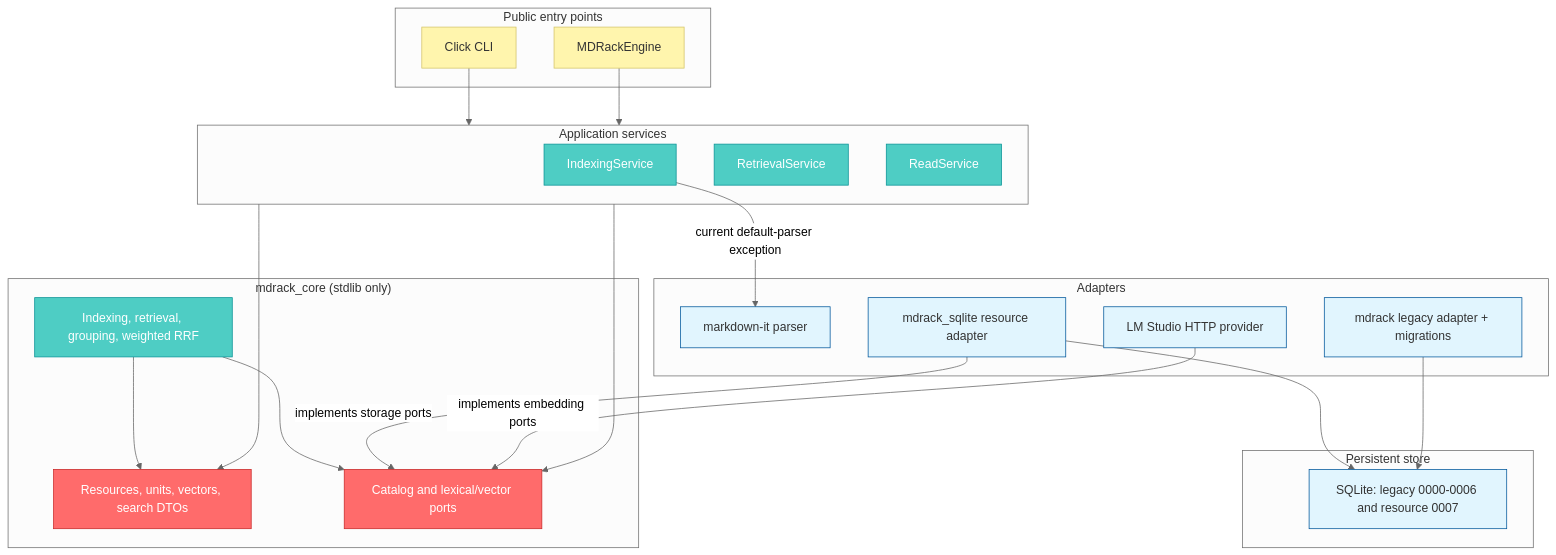
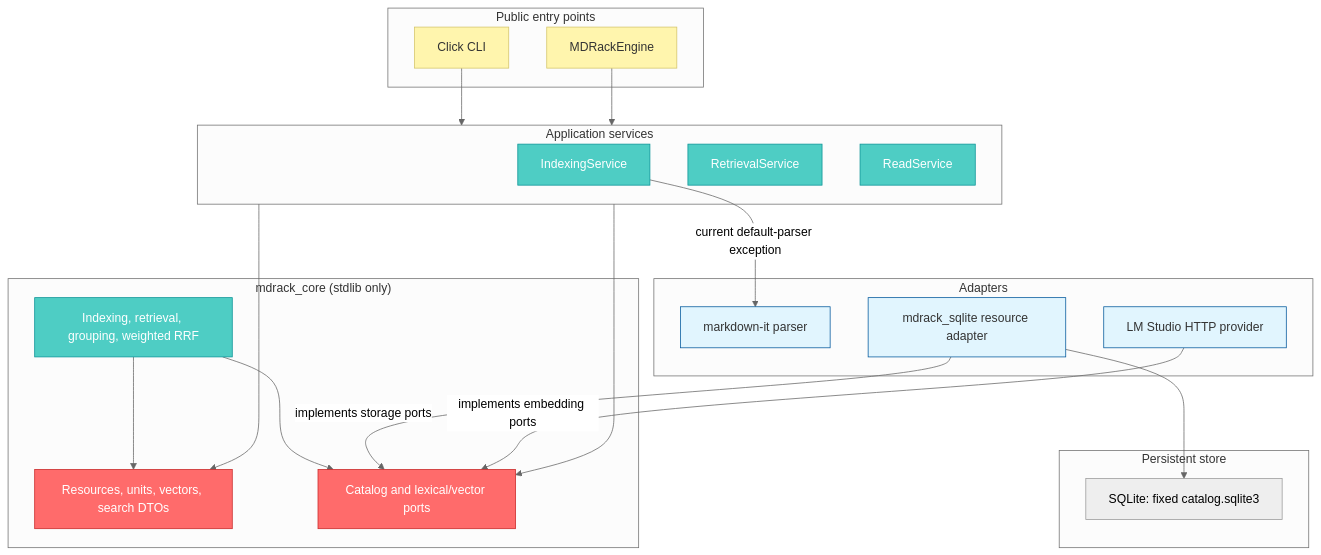
The diagram in docs/current-architecture/system-overview.md (VladimirMonin/MDRack), drawn with Mermaid (neutral theme) before and after one commit. The commit also changed other lines of this file and 133 other files, not shown here.

````diff
--- a/docs/current-architecture/system-overview.md
+++ b/docs/current-architecture/system-overview.md
@@ -12,51 +12,50 @@
 ```mermaid
 graph TD
     subgraph Entry ["Public entry points"]
         CLI["Click CLI"]
         Engine["MDRackEngine"]
     end
 
     subgraph App ["Application services"]
         Indexing["IndexingService"]
         Retrieval["RetrievalService"]
         Read["ReadService"]
     end
 
     subgraph Core ["mdrack_core (stdlib only)"]
         Domain["Resources, units, vectors, search DTOs"]
         Ports["Catalog and lexical/vector ports"]
         CoreServices["Indexing, retrieval, grouping, weighted RRF"]
     end
 
     subgraph Adapters ["Adapters"]
         Markdown["markdown-it parser"]
         SQLiteAdapter["mdrack_sqlite resource adapter"]
-        SQLiteLegacy["mdrack legacy adapter + migrations"]
         LMStudio["LM Studio HTTP provider"]
     end
 
     subgraph Persistence ["Persistent store"]
-        SQLite["SQLite: legacy 0000-0006 and resource 0007"]
+        SQLite["SQLite: fixed catalog.sqlite3"]
     end
 
     CLI --> App
     Engine --> App
     App --> Domain
     App --> Ports
     CoreServices --> Domain
     CoreServices --> Ports
     Indexing -->|"current default-parser exception"| Markdown
     SQLiteAdapter -->|"implements storage ports"| Ports
     LMStudio -->|"implements embedding ports"| Ports
     SQLiteAdapter --> SQLite
-    SQLiteLegacy --> SQLite
+
 
     classDef entry fill:#fff5ad,stroke:#d4c46a,color:#333
     classDef service fill:#4ecdc4,stroke:#0a9396,color:#fff
     classDef contract fill:#ff6b6b,stroke:#c92a2a,color:#fff
     classDef adapter fill:#e1f5fe,stroke:#01579b,color:#333
     class CLI,Engine entry
     class Indexing,Retrieval,Read,CoreServices service
     class Domain,Ports contract
-    class Markdown,SQLiteAdapter,SQLiteLegacy,LMStudio,SQLite adapter
+    class Markdown,SQLiteAdapter,LMStudio adapter
 ```
````
